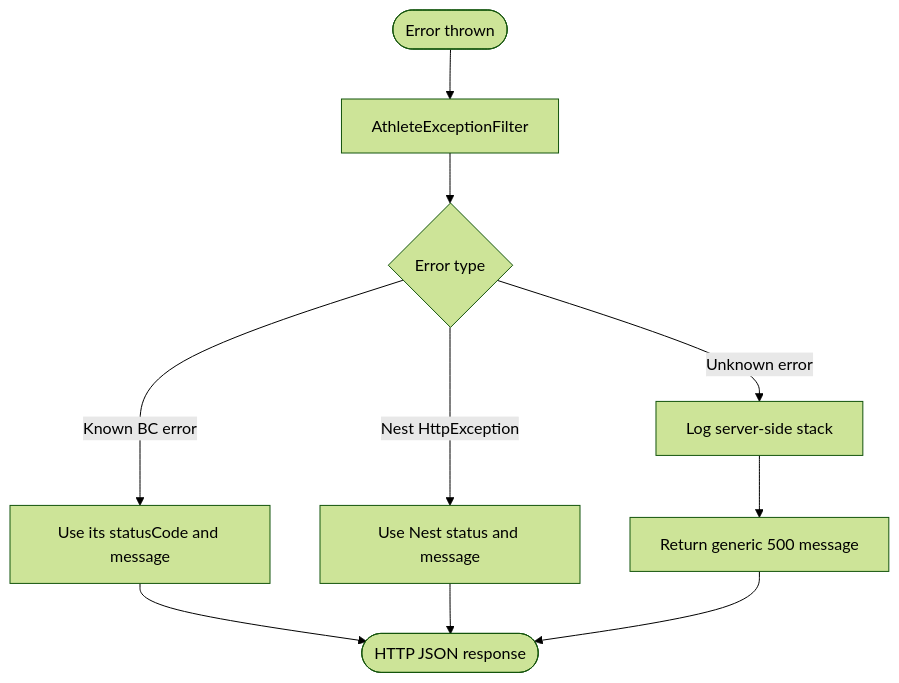
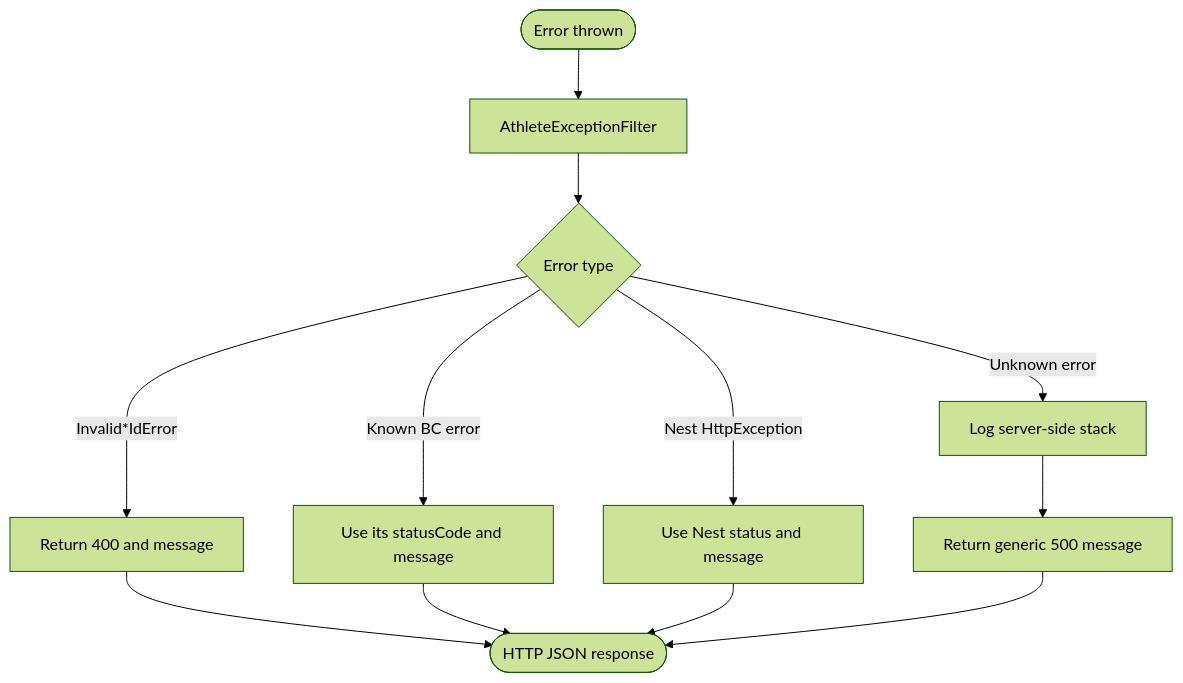
The second of 2 diagrams in apps/api/src/modules/athletes/docs/error.md (Netsbump/dropit), drawn with Mermaid (forest theme) before and after one commit. The commit also changed other lines of this file and 28 other files, not shown here.

````diff
--- a/apps/api/src/modules/athletes/docs/error.md
+++ b/apps/api/src/modules/athletes/docs/error.md
@@ -51,15 +55,17 @@
 ```mermaid
 flowchart TD
   E([Error thrown]) --> F[AthleteExceptionFilter]
   F --> T{Error type}
 
+  T -->|Invalid*IdError| I[Return 400 and message]
   T -->|Known BC error| B[Use its statusCode and message]
   T -->|Nest HttpException| H[Use Nest status and message]
   T -->|Unknown error| U[Log server-side stack]
 
   U --> G[Return generic 500 message]
 
-  B --> R([HTTP JSON response])
+  I --> R([HTTP JSON response])
+  B --> R
   H --> R
   G --> R
 ```
````
